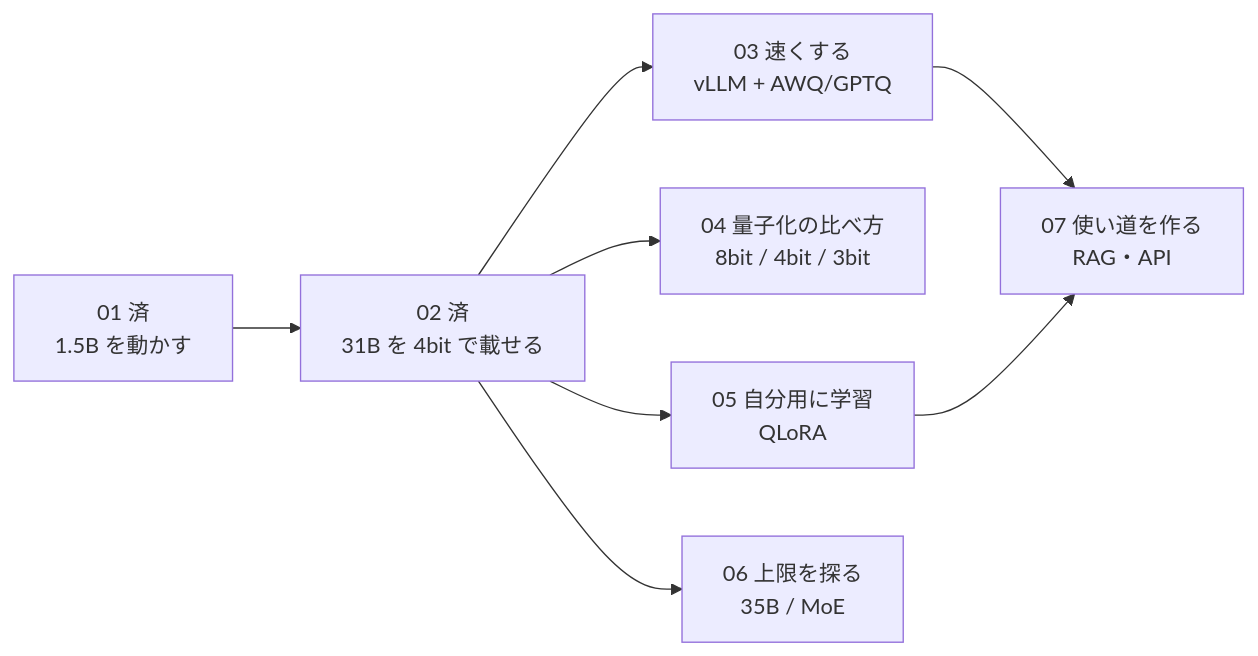
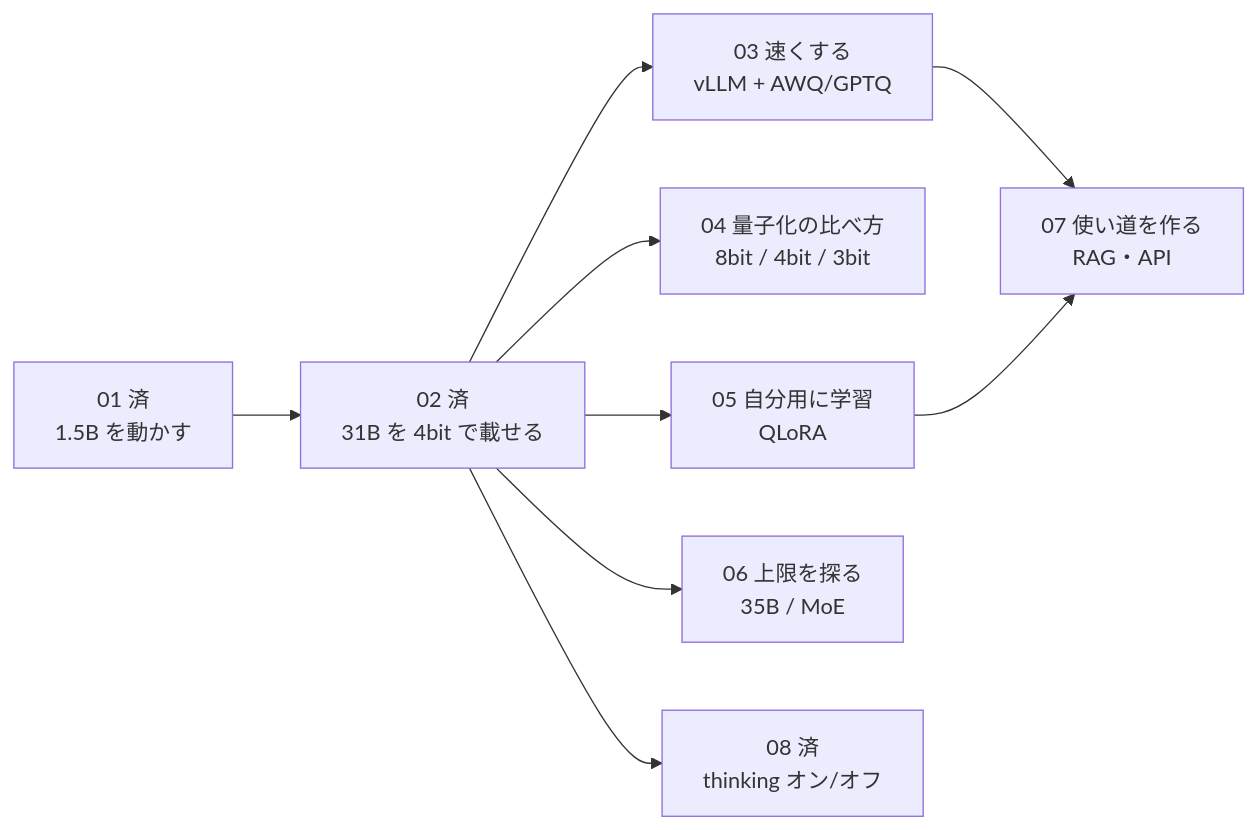
Before and after one commit to moruku36/colab-oss-lab: the diagram in docs/next-experiments.md, drawn with Mermaid. The commit also changed other lines of this file and 3 other files, not shown here.

````diff
--- a/docs/next-experiments.md
+++ b/docs/next-experiments.md
@@ -6,10 +6,11 @@
 ```mermaid
 flowchart LR
     E01["01 済<br/>1.5B を動かす"] --> E02["02 済<br/>31B を 4bit で載せる"]
     E02 --> A["03 速くする<br/>vLLM + AWQ/GPTQ"]
     E02 --> B["04 量子化の比べ方<br/>8bit / 4bit / 3bit"]
     E02 --> C["05 自分用に学習<br/>QLoRA"]
     E02 --> D["06 上限を探る<br/>35B / MoE"]
+    E02 --> G["08 済<br/>thinking オン/オフ"]
     A --> F["07 使い道を作る<br/>RAG・API"]
     C --> F
 ```
````
